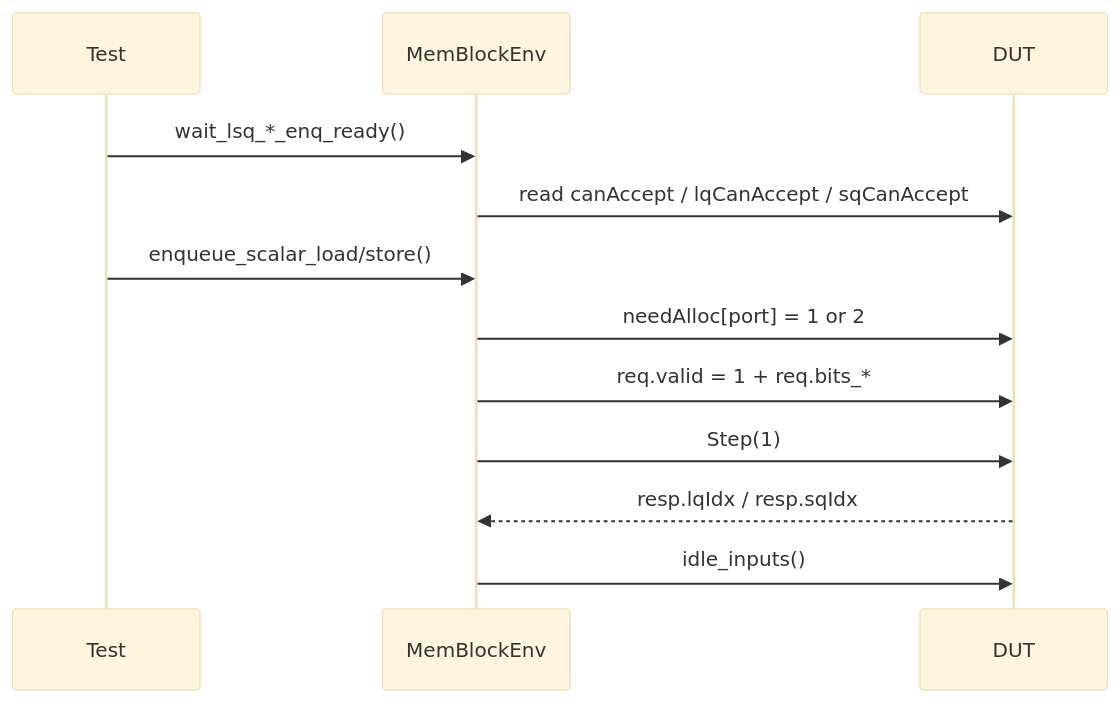
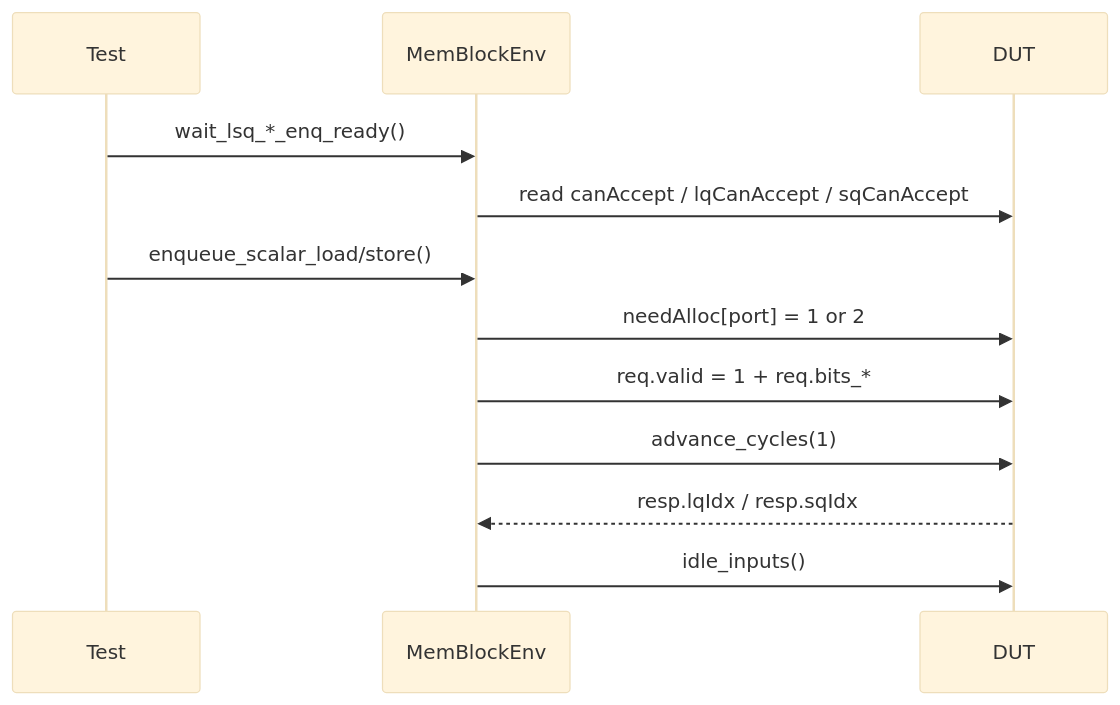
The second of 4 diagrams in src/test/python/MemBlock/docs/dut_port_behavior.md (tuke-code/XiangShan), drawn with Mermaid (base theme) before and after one commit. The commit also changed other lines of this file and 12 other files, not shown here.

````diff
--- a/src/test/python/MemBlock/docs/dut_port_behavior.md
+++ b/src/test/python/MemBlock/docs/dut_port_behavior.md
@@ -218,15 +218,15 @@
 ```mermaid
 sequenceDiagram
     participant T as Test
     participant E as MemBlockEnv
     participant D as DUT
 
     T->>E: wait_lsq_*_enq_ready()
     E->>D: read canAccept / lqCanAccept / sqCanAccept
     T->>E: enqueue_scalar_load/store()
     E->>D: needAlloc[port] = 1 or 2
     E->>D: req.valid = 1 + req.bits_*
-    E->>D: Step(1)
+    E->>D: advance_cycles(1)
     D-->>E: resp.lqIdx / resp.sqIdx
     E->>D: idle_inputs()
 ```
````
